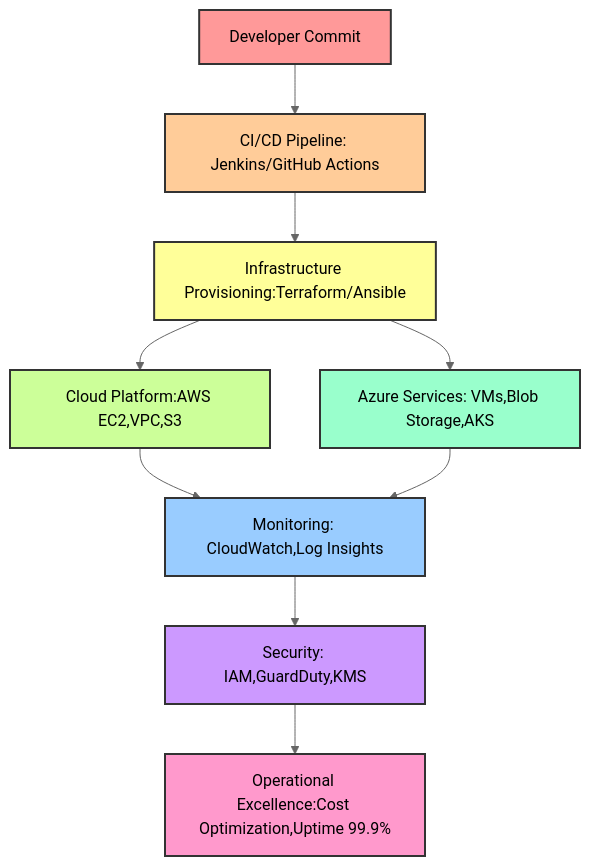
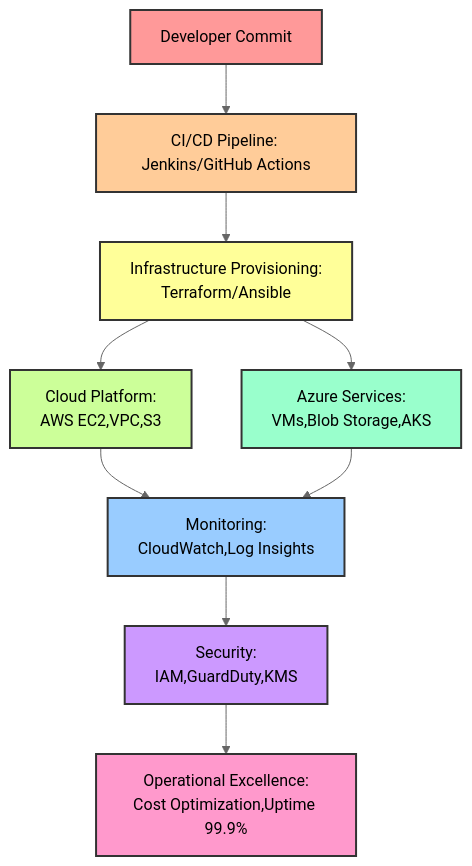
Before and after one commit to aliceekane/aliceekane-portfolio: the diagram in README.md, drawn with Mermaid (neutral theme).

````diff
--- a/README.md
+++ b/README.md
@@ -71,25 +71,31 @@
 ```mermaid
 flowchart TD
     A[Developer Commit] --> B[CI/CD Pipeline: Jenkins/GitHub Actions]
-    B --> C[Infrastructure Provisioning:Terraform/Ansible]
-    C --> D[Cloud Platform:AWS EC2,VPC,S3]
-    C --> E[Azure Services: VMs,Blob Storage,AKS]
-    D --> F[Monitoring: CloudWatch,Log Insights]
+    B --> C[Infrastructure Provisioning:
+Terraform/Ansible]
+    C --> D[Cloud Platform:
+AWS EC2,VPC,S3]
+    C --> E[Azure Services: 
+VMs,Blob Storage,AKS]
+    D --> F[Monitoring: 
+CloudWatch,Log Insights]
     E --> F
-    F --> G[Security: IAM,GuardDuty,KMS]
-    G --> H[Operational Excellence:Cost Optimization,Uptime 99.9%]
+    F --> G[Security: 
+IAM,GuardDuty,KMS]
+    G --> H[Operational Excellence:
+Cost Optimization,Uptime 99.9%]
 
 
 
     %% Assigning different colors to each box
     style A fill:#FF9999,stroke:#333,stroke-width:2px
     style B fill:#FFCC99,stroke:#333,stroke-width:2px
     style C fill:#FFFF99,stroke:#333,stroke-width:2px
     style D fill:#CCFF99,stroke:#333,stroke-width:2px
     style E fill:#99FFCC,stroke:#333,stroke-width:2px
     style F fill:#99CCFF,stroke:#333,stroke-width:2px
     style G fill:#CC99FF,stroke:#333,stroke-width:2px
     style H fill:#FF99CC,stroke:#333,stroke-width:2px
 
 
 ```
````
